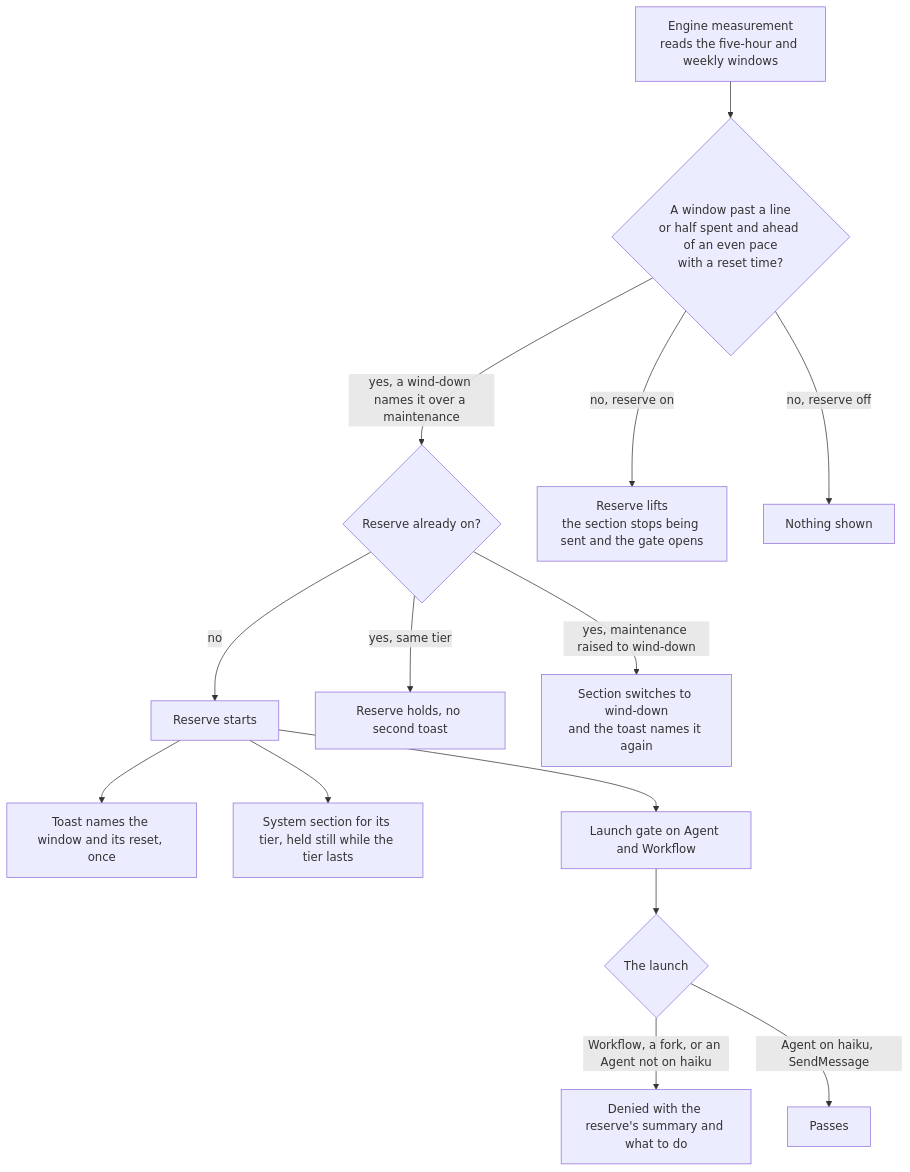
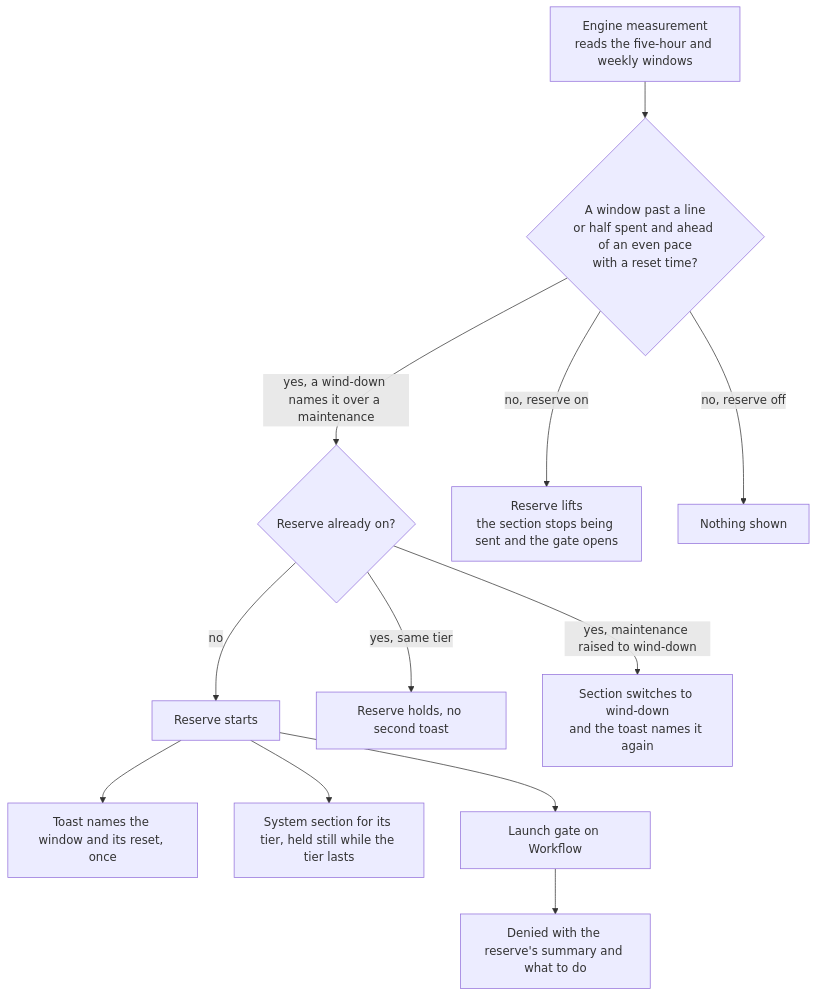
One commit to Esposter/Esposter changed the diagram in apps/web/content/docs/infra/claude-interface/genshin-mods/resin.md. Above: the diagram before and after it, drawn with Mermaid. The commit also changed other lines of this file and 14 other files, not shown here.

First line of the commit message:
feat(genshin-mods): the delegation guard refuses every subagent launch not on haiku, and the reserve's gate refuses only a workflow

````diff
--- a/apps/web/content/docs/infra/claude-interface/genshin-mods/resin.md
+++ b/apps/web/content/docs/infra/claude-interface/genshin-mods/resin.md
@@ -35,16 +35,14 @@
 ```mermaid
 flowchart TD
   M["Engine measurement<br/>reads the five-hour and weekly windows"] --> P{"A window past a line<br/>or half spent and ahead of an even pace<br/>with a reset time?"}
   P -->|yes, a wind-down names it over a maintenance| Q{"Reserve already on?"}
   Q -->|no| ON["Reserve starts"]
   ON --> T["Toast names the window and its reset, once"]
   ON --> S["System section for its tier, held still while the tier lasts"]
   Q -->|yes, same tier| HOLD["Reserve holds, no second toast"]
   Q -->|yes, maintenance raised to wind-down| UP["Section switches to wind-down<br/>and the toast names it again"]
   P -->|no, reserve on| OFF["Reserve lifts<br/>the section stops being sent and the gate opens"]
   P -->|no, reserve off| NONE["Nothing shown"]
-  ON --> G["Launch gate on Agent and Workflow"]
-  G --> L{"The launch"}
-  L -->|Workflow, a fork, or an Agent not on haiku| D["Denied with the reserve's summary and what to do"]
-  L -->|Agent on haiku, SendMessage| A["Passes"]
+  ON --> G["Launch gate on Workflow"]
+  G --> D["Denied with the reserve's summary and what to do"]
 ```
````
